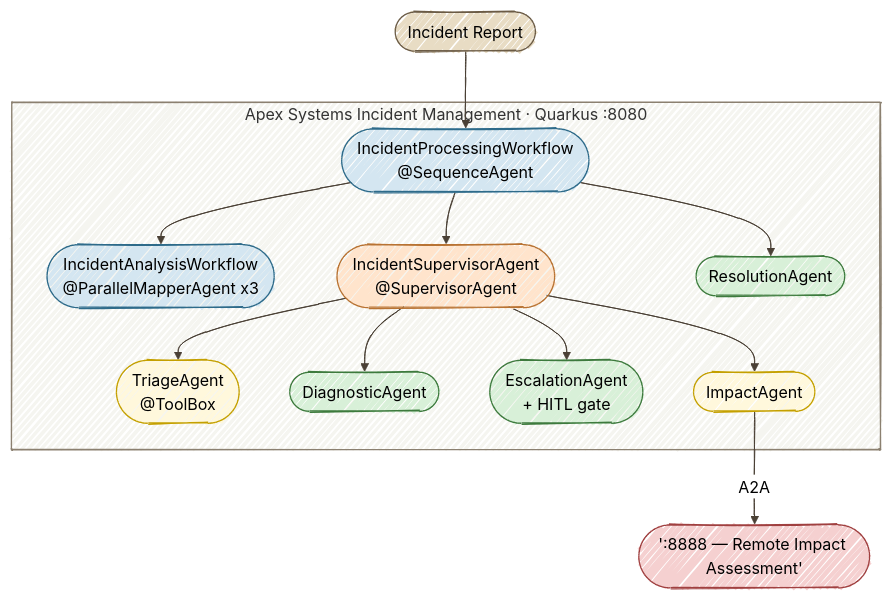
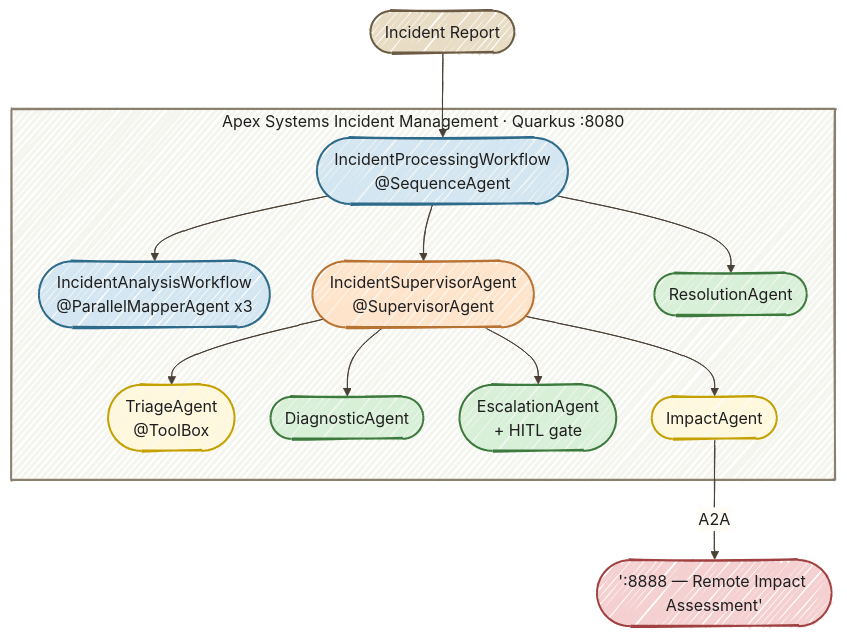
Before and after one commit to danieloh30/techxchange-2026-quarkus-bob-lab: the diagram in docs/00-intro/SPEAKER_NOTES.md, drawn with Mermaid. The commit also changed 7 other files, not shown here.

Commit message:
Improve hand-drawn Mermaid readability in light and dark modes

````diff
--- a/docs/00-intro/SPEAKER_NOTES.md
+++ b/docs/00-intro/SPEAKER_NOTES.md
@@ -39,41 +39,41 @@
 ```mermaid
-%%{init: {'look':'handDrawn','theme':'neutral','themeVariables': {'lineColor':'#4A4035'}}}%%
+%%{init: {'look':'handDrawn','theme':'base','themeVariables': {'darkMode':false,'background':'#FFFCF5','primaryTextColor':'#1F1F1F','secondaryTextColor':'#1F1F1F','tertiaryTextColor':'#1F1F1F','textColor':'#1F1F1F','lineColor':'#4A4035','edgeLabelBackground':'#FFFCF5','clusterBkg':'#F5F5F0','clusterBorder':'#6B5B45','fontSize':'16px'},'flowchart': {'nodeSpacing':35,'rankSpacing':55,'padding':18}}}%%
 flowchart TD
     IR([Incident Report])
     RIA(["':8888 — Remote Impact Assessment'"])
 
     subgraph main["Apex Systems Incident Management · Quarkus :8080"]
         IPW(["IncidentProcessingWorkflow<br/>@SequenceAgent"])
         IAW(["IncidentAnalysisWorkflow<br/>@ParallelMapperAgent x3"])
         ISA(["IncidentSupervisorAgent<br/>@SupervisorAgent"])
         RA([ResolutionAgent])
         TA(["TriageAgent<br/>@ToolBox"])
         DA([DiagnosticAgent])
         EA(["EscalationAgent<br/>+ HITL gate"])
         IA([ImpactAgent])
     end
 
     IR --> IPW
     IPW --> IAW
     IPW --> ISA
     IPW --> RA
 
     ISA --> TA
     ISA --> DA
     ISA --> EA
     ISA --> IA
 
     IA -->|A2A| RIA
 
-    style IR fill:#E8DCC4,stroke:#6B5B45
-    style IPW fill:#D4E6F1,stroke:#2E6B8A
-    style IAW fill:#D4E6F1,stroke:#2E6B8A
-    style ISA fill:#FFE4CC,stroke:#B87333
-    style RA fill:#D8F0D8,stroke:#3D7A3D
-    style TA fill:#FFF8DC,stroke:#C4A000
-    style DA fill:#D8F0D8,stroke:#3D7A3D
-    style EA fill:#D8F0D8,stroke:#3D7A3D
-    style IA fill:#FFF8DC,stroke:#C4A000
-    style RIA fill:#F5D0D0,stroke:#A04040
-    style main fill:#F5F5F0,stroke:#8B8070
+    style IR fill:#E8DCC4,stroke:#6B5B45,color:#1F1F1F,stroke-width:2px
+    style IPW fill:#D4E6F1,stroke:#2E6B8A,color:#1F1F1F,stroke-width:2px
+    style IAW fill:#D4E6F1,stroke:#2E6B8A,color:#1F1F1F,stroke-width:2px
+    style ISA fill:#FFE4CC,stroke:#B87333,color:#1F1F1F,stroke-width:2px
+    style RA fill:#D8F0D8,stroke:#3D7A3D,color:#1F1F1F,stroke-width:2px
+    style TA fill:#FFF8DC,stroke:#C4A000,color:#1F1F1F,stroke-width:2px
+    style DA fill:#D8F0D8,stroke:#3D7A3D,color:#1F1F1F,stroke-width:2px
+    style EA fill:#D8F0D8,stroke:#3D7A3D,color:#1F1F1F,stroke-width:2px
+    style IA fill:#FFF8DC,stroke:#C4A000,color:#1F1F1F,stroke-width:2px
+    style RIA fill:#F5D0D0,stroke:#A04040,color:#1F1F1F,stroke-width:2px
+    style main fill:#F5F5F0,stroke:#8B8070,color:#1F1F1F,stroke-width:2px
 ```
````
